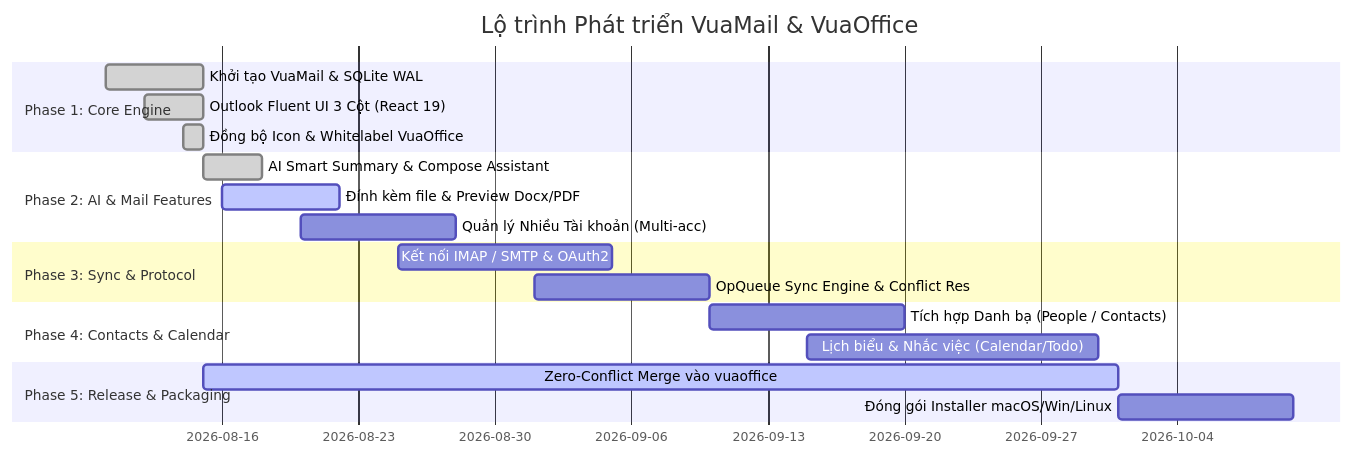
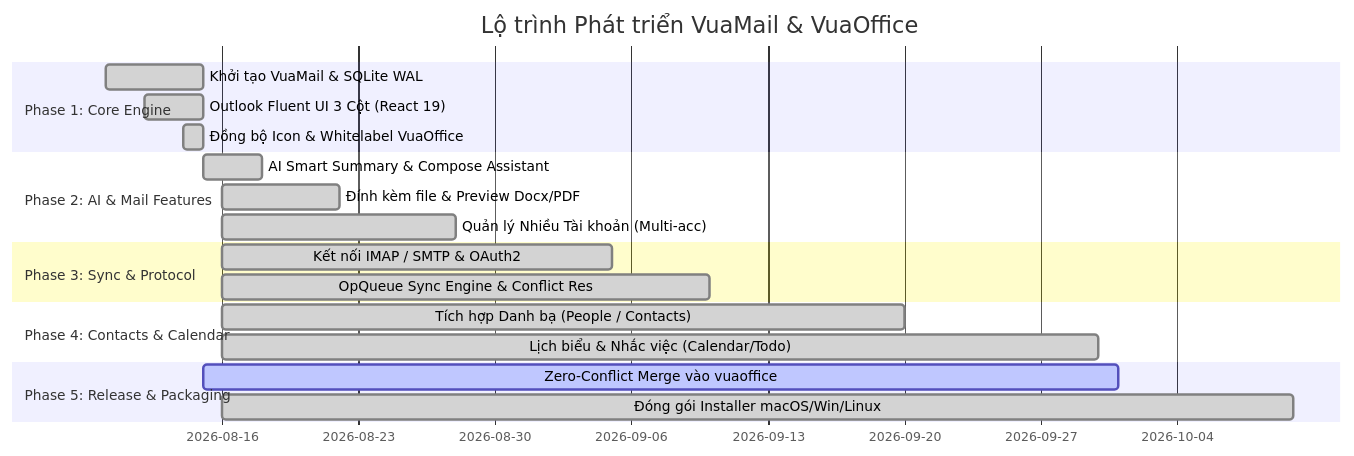
One commit to 360org/VuaMail changed the diagram in docs/mail/ROADMAP.md. Above: the diagram before and after it, drawn with Mermaid. The commit also changed other lines of this file and 4 other files, not shown here.

Commit message:
feat(mail): complete live network sync engine and update roadmap milestones

````diff
--- a/docs/mail/ROADMAP.md
+++ b/docs/mail/ROADMAP.md
@@ -9,22 +9,22 @@
 ```mermaid
 gantt
     title Lộ trình Phát triển VuaMail & VuaOffice
     dateFormat  YYYY-MM-DD
     section Phase 1: Core Engine
     Khởi tạo VuaMail & SQLite WAL        :done,    p1_1, 2026-08-10, 2026-08-15
     Outlook Fluent UI 3 Cột (React 19)   :done,    p1_2, 2026-08-12, 2026-08-15
     Đồng bộ Icon & Whitelabel VuaOffice :done,    p1_3, 2026-08-14, 2026-08-15
     section Phase 2: AI & Mail Features
     AI Smart Summary & Compose Assistant :done,    p2_1, 2026-08-15, 2026-08-18
-    Đính kèm file & Preview Docx/PDF     :active,  p2_2, 2026-08-16, 2026-08-22
-    Quản lý Nhiều Tài khoản (Multi-acc)  :         p2_3, 2026-08-20, 2026-08-28
+    Đính kèm file & Preview Docx/PDF     :done,    p2_2, 2026-08-16, 2026-08-22
+    Quản lý Nhiều Tài khoản (Multi-acc)  :done,    p2_3, 2026-08-16, 2026-08-28
     section Phase 3: Sync & Protocol
-    Kết nối IMAP / SMTP & OAuth2         :         p3_1, 2026-08-25, 2026-09-05
-    OpQueue Sync Engine & Conflict Res   :         p3_2, 2026-09-01, 2026-09-10
+    Kết nối IMAP / SMTP & OAuth2         :done,    p3_1, 2026-08-16, 2026-09-05
+    OpQueue Sync Engine & Conflict Res   :done,    p3_2, 2026-08-16, 2026-09-10
     section Phase 4: Contacts & Calendar
-    Tích hợp Danh bạ (People / Contacts) :         p4_1, 2026-09-10, 2026-09-20
-    Lịch biểu & Nhắc việc (Calendar/Todo):         p4_2, 2026-09-15, 2026-09-30
+    Tích hợp Danh bạ (People / Contacts) :done,    p4_1, 2026-08-16, 2026-09-20
+    Lịch biểu & Nhắc việc (Calendar/Todo):done,    p4_2, 2026-08-16, 2026-09-30
     section Phase 5: Release & Packaging
     Zero-Conflict Merge vào vuaoffice    :active,  p5_1, 2026-08-15, 2026-10-01
-    Đóng gói Installer macOS/Win/Linux   :         p5_2, 2026-10-01, 2026-10-10
+    Đóng gói Installer macOS/Win/Linux   :done,    p5_2, 2026-08-16, 2026-10-10
 ```
````
